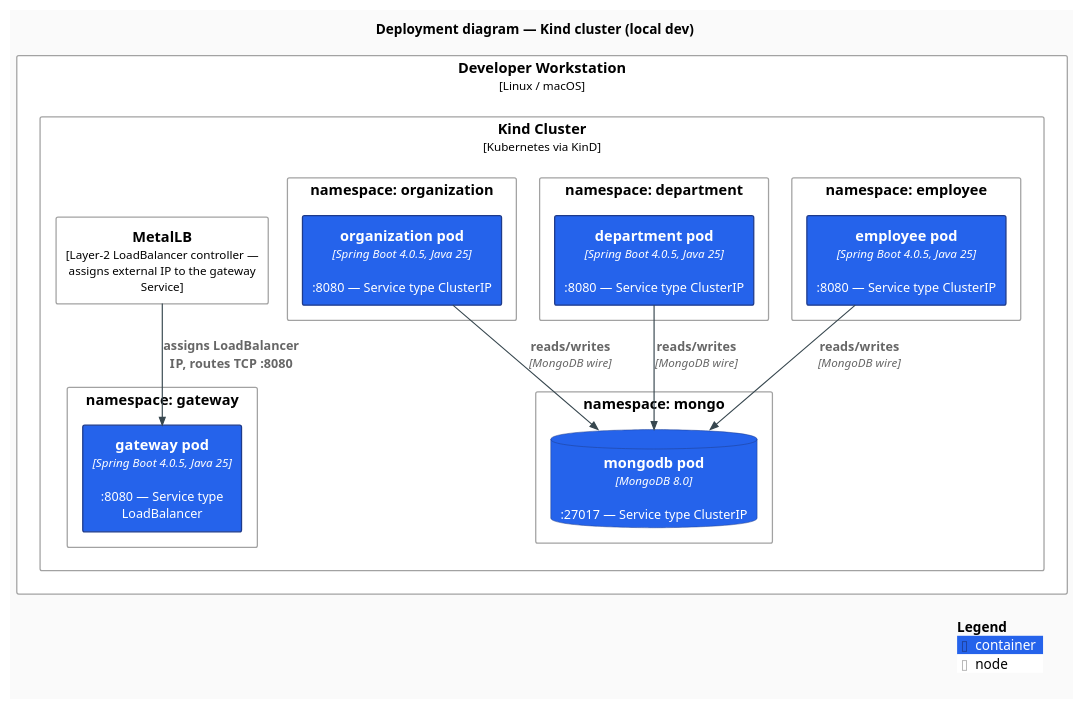
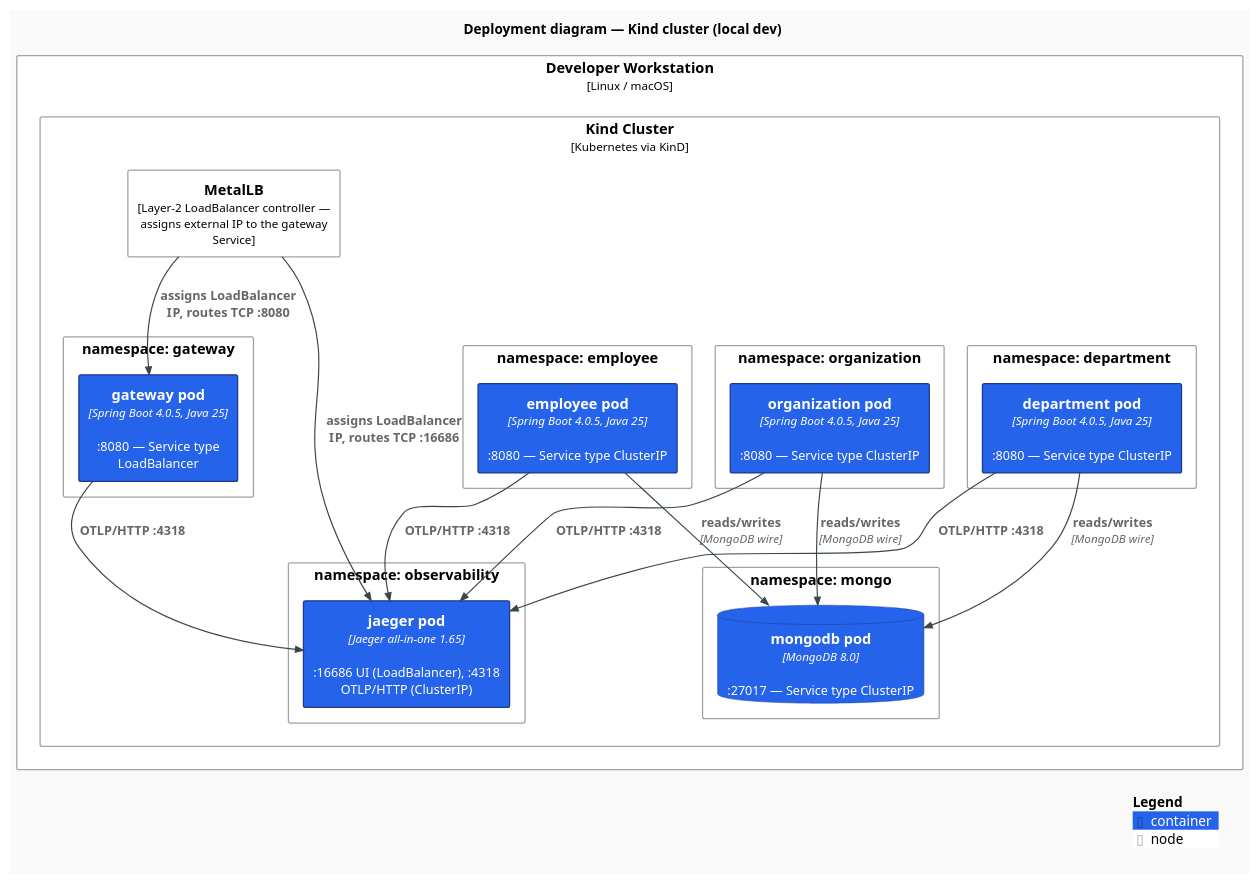
The diagram in docs/diagrams/c4-deployment.puml (AndriyKalashnykov/spring-microservices-k8s), drawn with PlantUML before and after one commit. The commit also changed 16 other files, not shown here.

```diff
--- a/docs/diagrams/c4-deployment.puml
+++ b/docs/diagrams/c4-deployment.puml
@@ -1,49 +1,58 @@
 @startuml c4-deployment
 !include https://raw.githubusercontent.com/plantuml-stdlib/C4-PlantUML/v2.11.0/C4_Deployment.puml
 
 ' Modern flat styling: no shadows, sharper corners, clean sans-serif, modern palette.
 skinparam backgroundColor #FAFAFA
 skinparam shadowing false
 skinparam roundCorner 4
 skinparam defaultFontName "Inter, Helvetica, Arial, sans-serif"
 skinparam defaultFontSize 13
 skinparam ArrowColor #37474F
 skinparam ArrowThickness 1.2
 skinparam rectangleBorderThickness 1.3
 
 UpdateElementStyle("container",   $fontColor="#FFFFFF", $bgColor="#2563EB", $borderColor="#1E3A8A")
 UpdateElementStyle("container_db",$fontColor="#FFFFFF", $bgColor="#7C3AED", $borderColor="#4C1D95")
 UpdateBoundaryStyle($bgColor="#F1F5F9", $borderColor="#94A3B8", $fontColor="#1E293B")
 
 title Deployment diagram — Kind cluster (local dev)
 
 Deployment_Node(host, "Developer Workstation", "Linux / macOS") {
     Deployment_Node(kind, "Kind Cluster", "Kubernetes via KinD") {
 
         Deployment_Node(metallb, "MetalLB", "Layer-2 LoadBalancer controller — assigns external IP to the gateway Service")
 
         Deployment_Node(ns_gw, "namespace: gateway") {
             Container(gateway_pod, "gateway pod", "Spring Boot 4.0.5, Java 25", ":8080 — Service type LoadBalancer")
         }
         Deployment_Node(ns_emp, "namespace: employee") {
             Container(employee_pod, "employee pod", "Spring Boot 4.0.5, Java 25", ":8080 — Service type ClusterIP")
         }
         Deployment_Node(ns_dept, "namespace: department") {
             Container(department_pod, "department pod", "Spring Boot 4.0.5, Java 25", ":8080 — Service type ClusterIP")
         }
         Deployment_Node(ns_org, "namespace: organization") {
             Container(organization_pod, "organization pod", "Spring Boot 4.0.5, Java 25", ":8080 — Service type ClusterIP")
         }
         Deployment_Node(ns_mongo, "namespace: mongo") {
             ContainerDb(mongo_pod, "mongodb pod", "MongoDB 8.0", ":27017 — Service type ClusterIP")
         }
+        Deployment_Node(ns_obs, "namespace: observability") {
+            Container(jaeger_pod, "jaeger pod", "Jaeger all-in-one 1.65", ":16686 UI (LoadBalancer), :4318 OTLP/HTTP (ClusterIP)")
+        }
     }
 }
 
-Rel(metallb, gateway_pod, "assigns LoadBalancer IP, routes TCP :8080")
+Rel(metallb,  gateway_pod, "assigns LoadBalancer IP, routes TCP :8080")
+Rel(metallb,  jaeger_pod,  "assigns LoadBalancer IP, routes TCP :16686")
 Rel_D(employee_pod,     mongo_pod, "reads/writes", "MongoDB wire")
 Rel_D(department_pod,   mongo_pod, "reads/writes", "MongoDB wire")
 Rel_D(organization_pod, mongo_pod, "reads/writes", "MongoDB wire")
 
+Rel(gateway_pod,      jaeger_pod, "OTLP/HTTP :4318")
+Rel(employee_pod,     jaeger_pod, "OTLP/HTTP :4318")
+Rel(department_pod,   jaeger_pod, "OTLP/HTTP :4318")
+Rel(organization_pod, jaeger_pod, "OTLP/HTTP :4318")
+
 SHOW_LEGEND()
 @enduml
```
